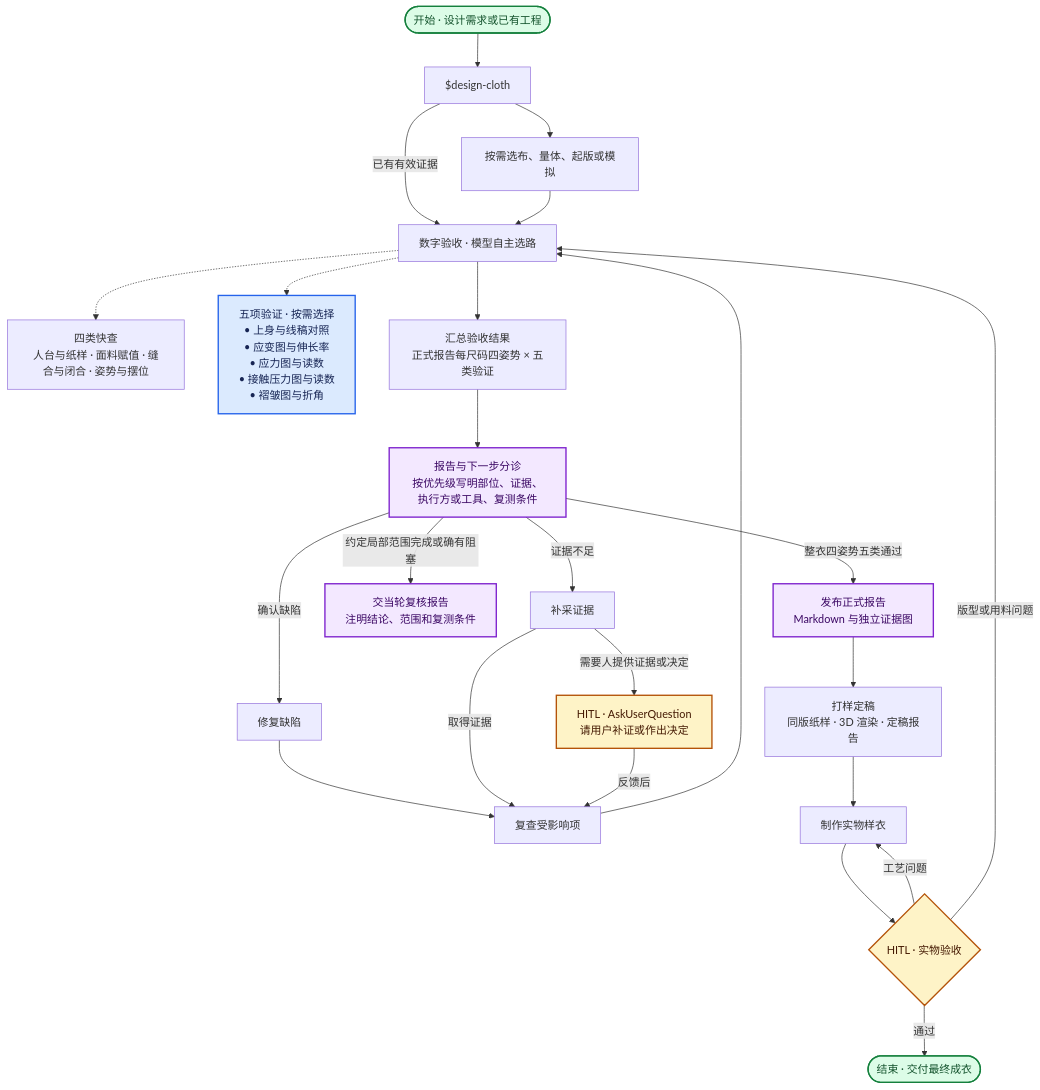
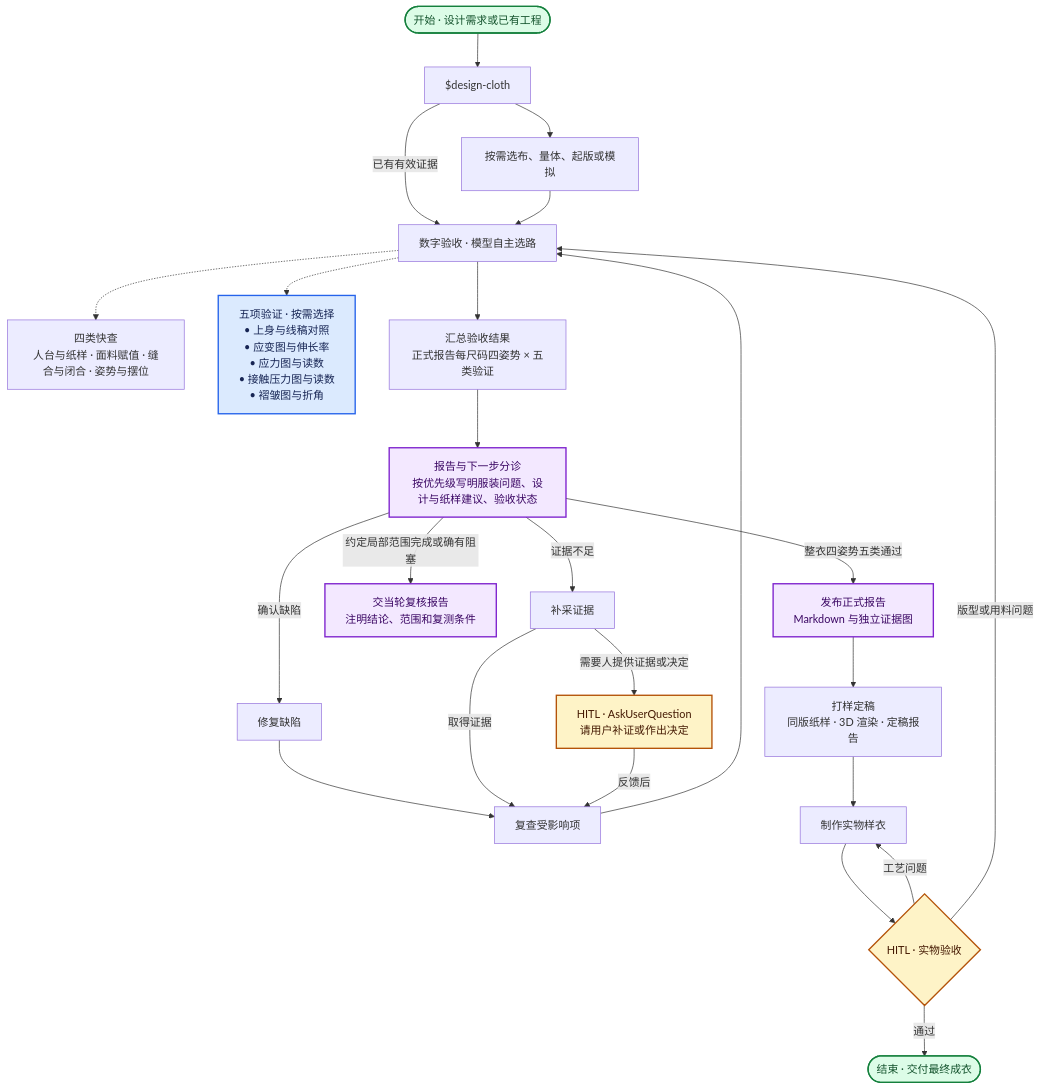
One commit to liush2yuxjtu/pattern-agent changed the diagram in .agents/skills/design-cloth/SKILL.md. Above: the diagram before and after it, drawn with Mermaid. The commit also changed other lines of this file and 18 other files, not shown here.

````diff
--- a/.agents/skills/design-cloth/SKILL.md
+++ b/.agents/skills/design-cloth/SKILL.md
@@ -12,35 +12,35 @@
 ```mermaid
 flowchart TD
     Idea(["开始 · 设计需求或已有工程"]) --> Skill["$design-cloth"]
     Skill --> Prepare["按需选布、量体、起版或模拟"]
     Skill -->|已有有效证据| Review
     Prepare --> Review["数字验收 · 模型自主选路"]
     Review -.-> Quick["四类快查<br/>人台与纸样 · 面料赋值 · 缝合与闭合 · 姿势与摆位"]
     Review -.-> Methods["五项验证 · 按需选择<br/>• 上身与线稿对照<br/>• 应变图与伸长率<br/>• 应力图与读数<br/>• 接触压力图与读数<br/>• 褶皱图与折角"]
     Review --> Gate["汇总验收结果<br/>正式报告每尺码四姿势 × 五类验证"]
-    Gate --> Report["报告与下一步分诊<br/>按优先级写明部位、证据、执行方或工具、复测条件"]
+    Gate --> Report["报告与下一步分诊<br/>按优先级写明服装问题、设计与纸样建议、验收状态"]
     Report -->|确认缺陷| Repair["修复缺陷"]
     Report -->|证据不足| Collect["补采证据"]
     Report -->|约定局部范围完成或确有阻塞| Scoped["交当轮复核报告<br/>注明结论、范围和复测条件"]
     Report -->|整衣四姿势五类通过| Publish["发布正式报告<br/>Markdown 与独立证据图"]
     Publish --> Deliver["打样定稿<br/>同版纸样 · 3D 渲染 · 定稿报告"]
     Repair --> Return["复查受影响项"]
     Collect -->|取得证据| Return
     Collect -->|需要人提供证据或决定| Human["HITL · AskUserQuestion<br/>请用户补证或作出决定"]
     Human -->|反馈后| Return
     Return --> Review
     Deliver --> Sample["制作实物样衣"]
     Sample --> Fit{"HITL · 实物验收"}
     Fit -->|工艺问题| Sample
     Fit -->|版型或用料问题| Review
     Fit -->|通过| Done(["结束 · 交付最终成衣"])
 
     classDef terminal fill:#dcfce7,stroke:#15803d,color:#14532d,stroke-width:2px;
     classDef hitl fill:#fef3c7,stroke:#b45309,color:#451a03,stroke-width:2px;
     classDef verification fill:#dbeafe,stroke:#2563eb,color:#172554,stroke-width:2px;
     classDef reportNode fill:#f3e8ff,stroke:#7e22ce,color:#3b0764,stroke-width:2px;
     class Idea,Done terminal;
     class Human,Fit hitl;
     class Methods verification;
     class Report,Scoped,Publish reportNode;
 ```
````
